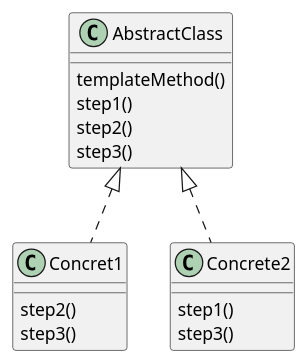
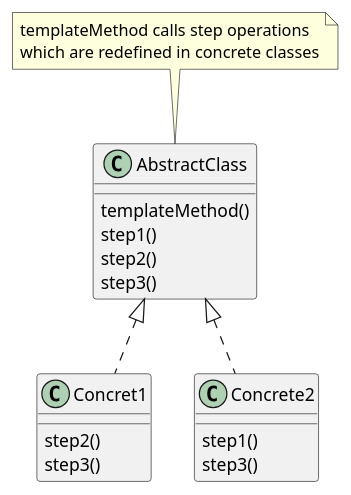
Before and after one commit to isel-leirt-mds/mds-leirt-2026: the diagram in patterns/template_method.puml, drawn with PlantUML. The commit also changed 21 other files, not shown here.

```diff
--- a/patterns/template_method.puml
+++ b/patterns/template_method.puml
@@ -1,27 +1,32 @@
 @startuml
 'https://plantuml.com/class-diagram
 
 skinparam classAttributeIconSize 0
 
 class AbstractClass {
     templateMethod()
     step1()
     step2()
     step3()
 }
 
 class Concret1 {
      step2()
      step3()
 }
 
 class Concrete2 {
     step1()
     step3()
 }
 
 
 AbstractClass <|.. Concret1
 AbstractClass <|.. Concrete2
 
+note top of AbstractClass
+    templateMethod calls step operations
+    which are redefined in concrete classes
+end note
+
 @enduml
```
